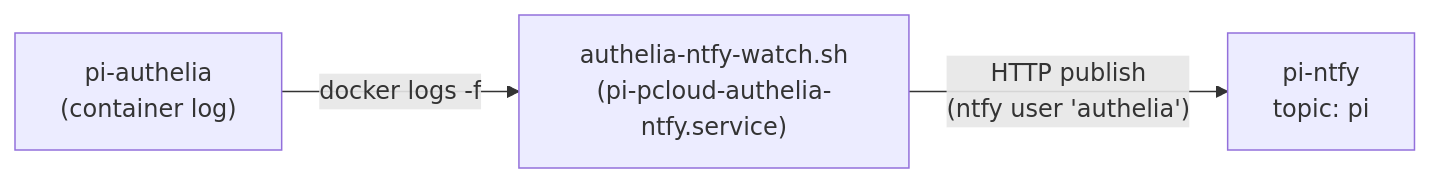
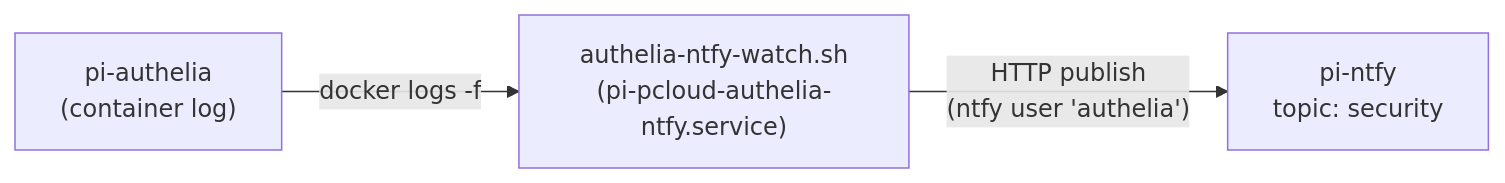
Before and after one commit to florianajir/pi-web: the second of 3 diagrams in docs/MONITORING.md, drawn with Mermaid. The commit also changed other lines of this file and 7 other files, not shown here.

````diff
--- a/docs/MONITORING.md
+++ b/docs/MONITORING.md
@@ -185,5 +208,5 @@
 ```mermaid
 flowchart LR
     Authelia["pi-authelia\n(container log)"] -->|docker logs -f| Watcher["authelia-ntfy-watch.sh\n(pi-pcloud-authelia-ntfy.service)"]
-    Watcher -->|"HTTP publish\n(ntfy user 'authelia')"| Ntfy["pi-ntfy\ntopic: pi"]
+    Watcher -->|"HTTP publish\n(ntfy user 'authelia')"| Ntfy["pi-ntfy\ntopic: security"]
 ```
````
